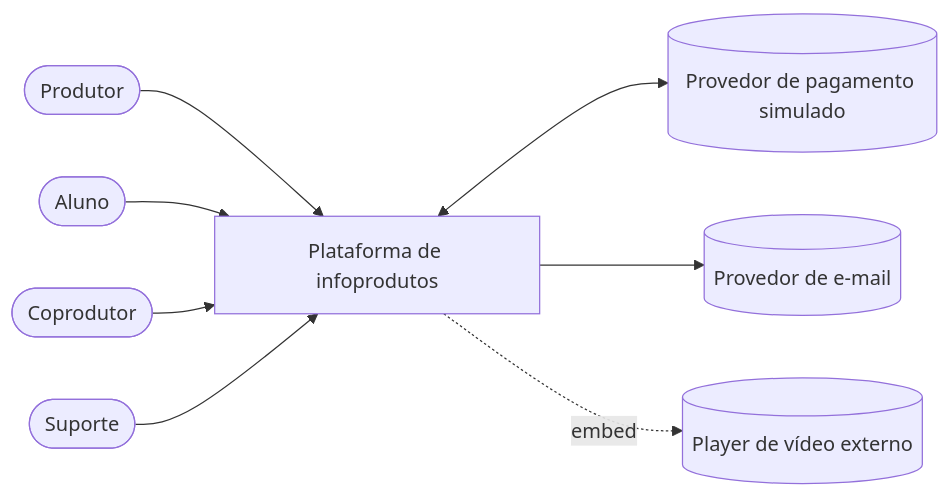
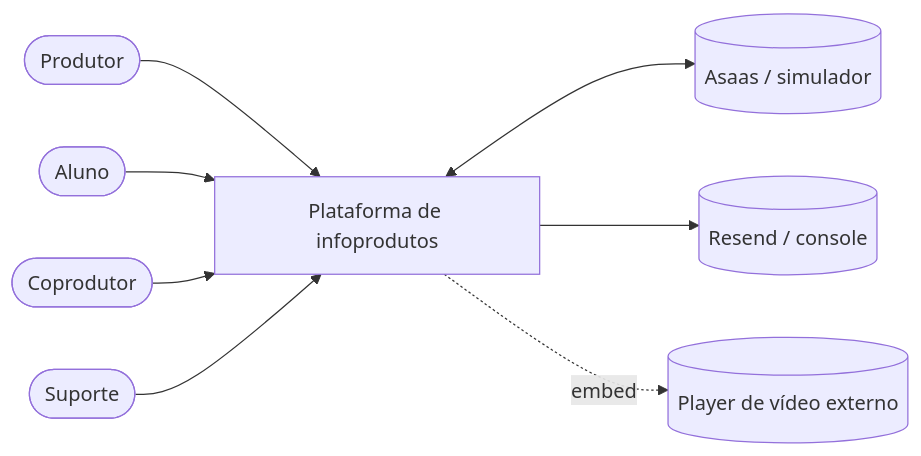
Before and after one commit to kitsuneislife/kriup: the first of 2 diagrams in docs/tecnico/arquitetura.md, drawn with Mermaid. The commit also changed other lines of this file and 10 other files, not shown here.

````diff
--- a/docs/tecnico/arquitetura.md
+++ b/docs/tecnico/arquitetura.md
@@ -23,21 +24,21 @@
 ```mermaid
 flowchart LR
     Prod([Produtor])
     Alu([Aluno])
     Cop([Coprodutor])
     Sup([Suporte])
 
     Sis[Plataforma de infoprodutos]
 
-    Pag[(Provedor de pagamento simulado)]
-    Mail[(Provedor de e-mail)]
+    Pag[(Asaas / simulador)]
+    Mail[(Resend / console)]
     Vid[(Player de vídeo externo)]
 
     Prod --> Sis
     Alu --> Sis
     Cop --> Sis
     Sup --> Sis
     Sis <--> Pag
     Sis --> Mail
     Sis -. embed .-> Vid
 ```
````
